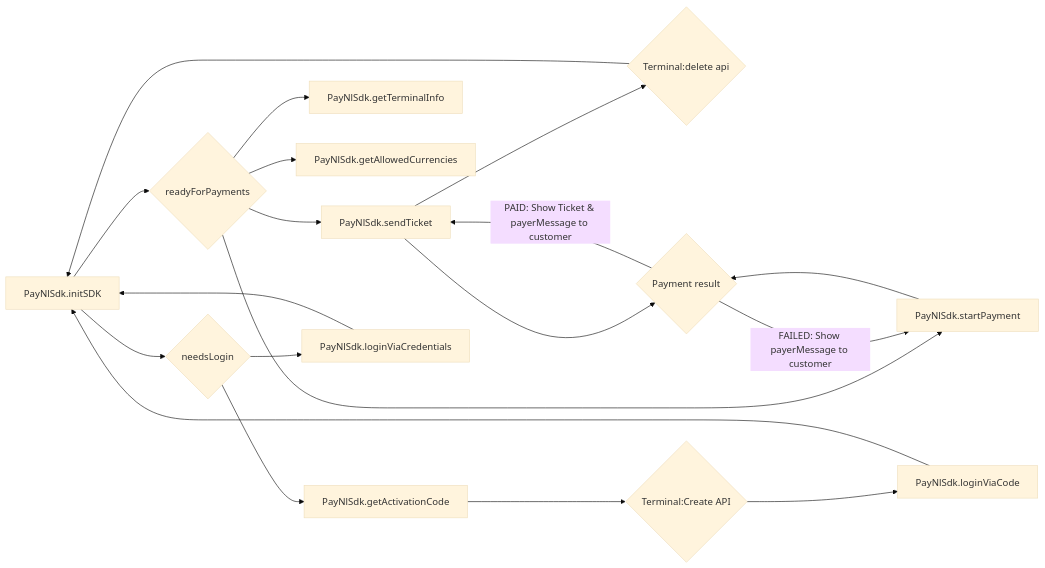
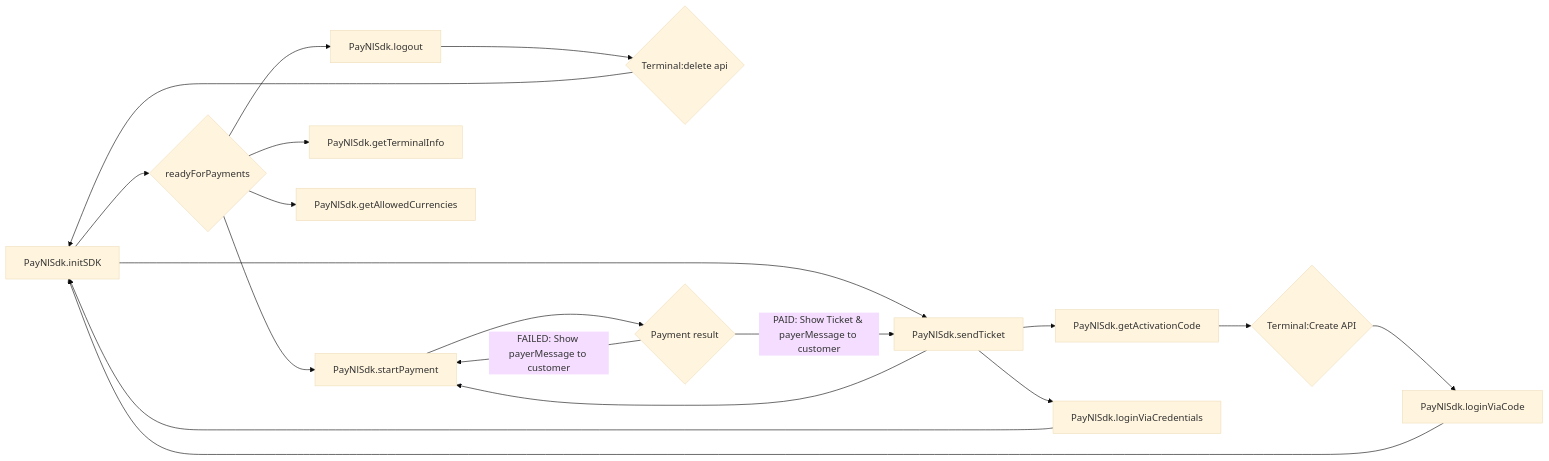
Before and after one commit to paynl/POS.SDK: the diagram in docs/sdk-react-native.md, drawn with Mermaid (base theme). The commit also changed 2 other files, not shown here.

````diff
--- a/docs/sdk-react-native.md
+++ b/docs/sdk-react-native.md
@@ -103,21 +103,21 @@
 ```mermaid
 flowchart LR;
   A[PayNlSdk.initSDK] --> B{readyForPayments}
   A --> M{needsLogin}
   B --> K[PayNlSdk.logout]
   K --> L{Terminal:delete api}
   L --> A
   B --> F[PayNlSdk.startPayment]
   F --> H{Payment result}
-  H --> |PAID: Show Ticket & payerMessage to customer| K
-  K[PayNlSdk.sendTicket] --> H
+  H --> |PAID: Show Ticket & payerMessage to customer| M
+  M[PayNlSdk.sendTicket] --> F
   H --> |FAILED: Show payerMessage to customer| F
   B --> I[PayNlSdk.getTerminalInfo]
   B --> J[PayNlSdk.getAllowedCurrencies]
   M --> C[PayNlSdk.getActivationCode]
   C --> D{Terminal:Create API}
   D --> E[PayNlSdk.loginViaCode]
   E --> A
   M --> G[PayNlSdk.loginViaCredentials]
   G --> A
 ```
````
